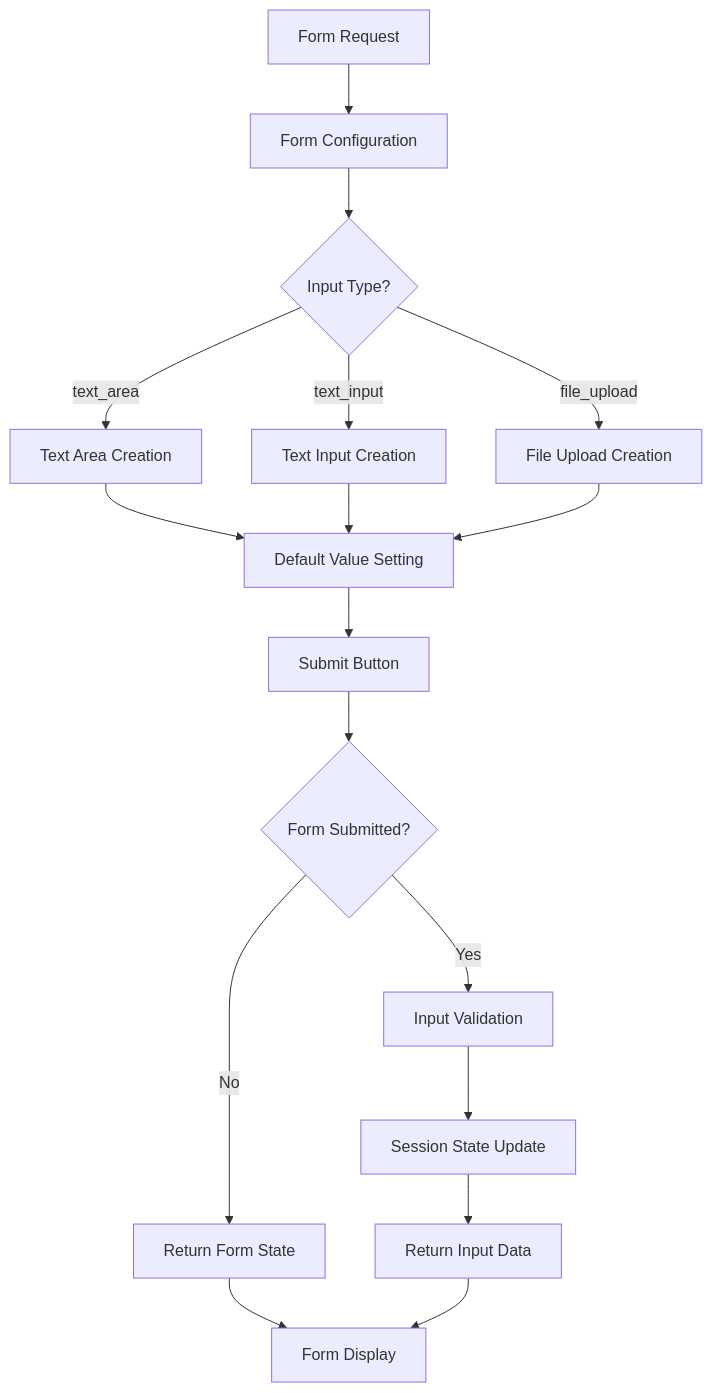
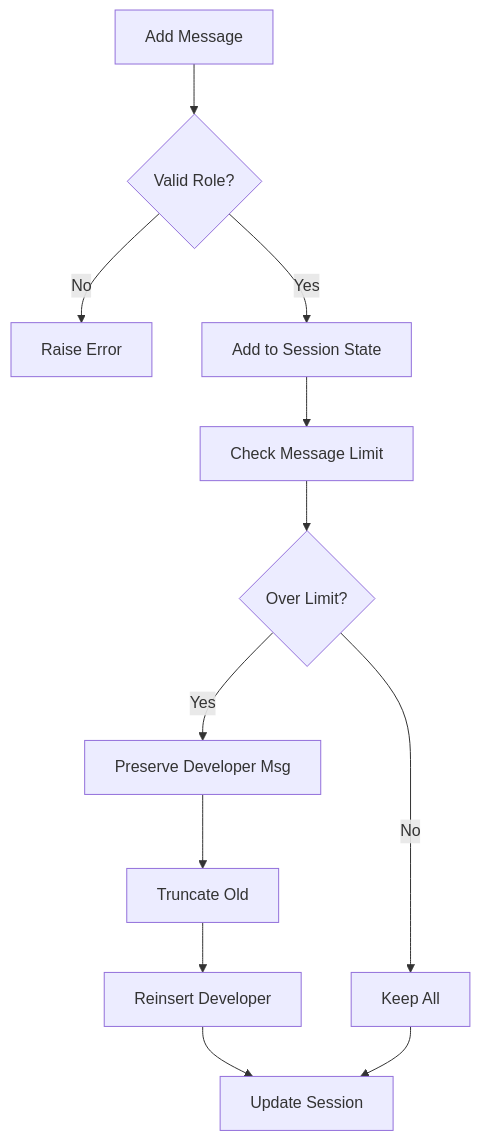
The sixth of 10 diagrams in doc/helper_st.md (nakashima2toshio/anthropic_api_jp), drawn with Mermaid before and after one commit. The commit also changed other lines of this file and 12 other files, not shown here.

````diff
--- a/doc/helper_st.md
+++ b/doc/helper_st.md
@@ -270,19 +286,14 @@
 ```mermaid
 graph TD
-    A["Form Request"] --> B["Form Configuration"]
-    B --> C{"Input Type?"}
-    C -->|text_area| D["Text Area Creation"]
-    C -->|text_input| E["Text Input Creation"]
-    C -->|file_upload| F["File Upload Creation"]
-    D --> G["Default Value Setting"]
-    E --> G
-    F --> G
-    G --> H["Submit Button"]
-    H --> I{"Form Submitted?"}
-    I -->|Yes| J["Input Validation"]
-    I -->|No| K["Return Form State"]
-    J --> L["Session State Update"]
-    L --> M["Return Input Data"]
-    K --> N["Form Display"]
-    M --> N
+    A["Add Message"] --> B{Valid Role?}
+    B -->|No| C["Raise Error"]
+    B -->|Yes| D["Add to Session State"]
+    D --> E["Check Message Limit"]
+    E --> F{Over Limit?}
+    F -->|Yes| G["Preserve Developer Msg"]
+    F -->|No| H["Keep All"]
+    G --> I["Truncate Old"]
+    I --> J["Reinsert Developer"]
+    J --> K["Update Session"]
+    H --> K
 ```
````
